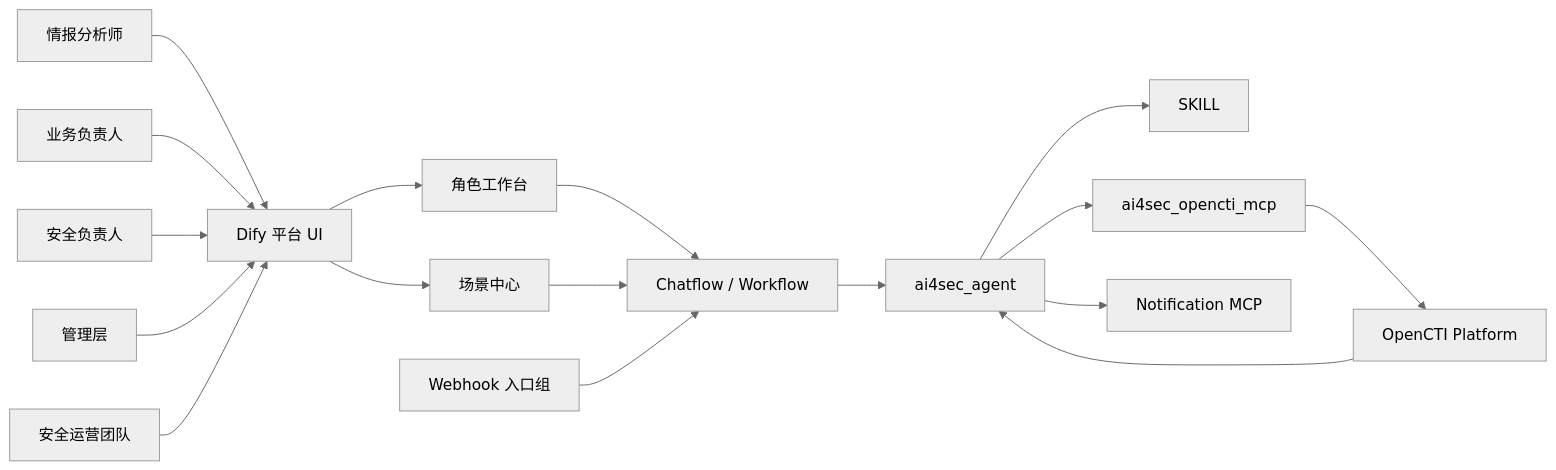
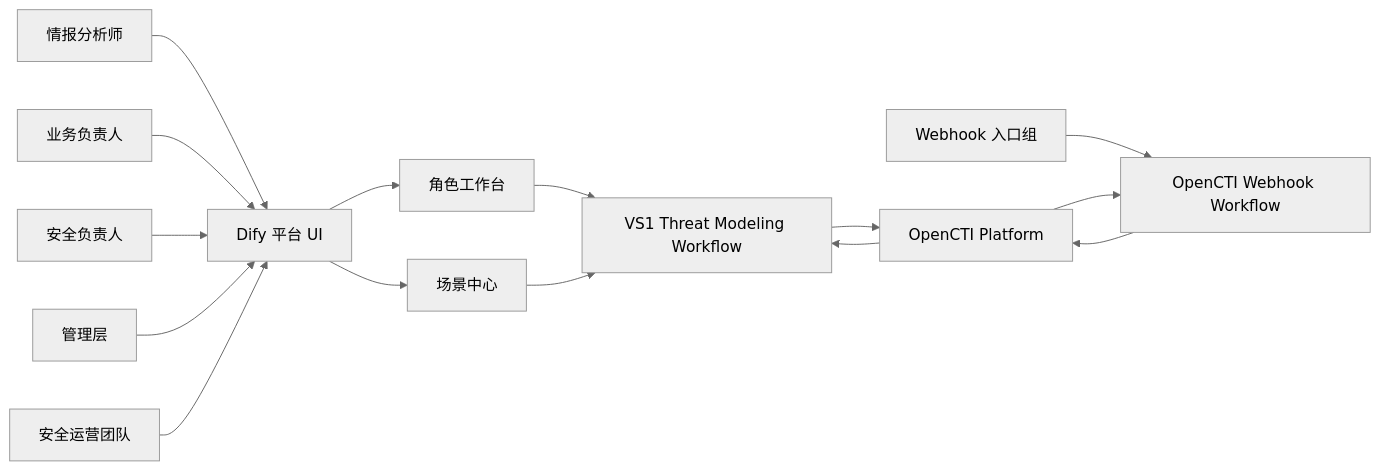
One commit to derekhu0002/AI4X-Platform-dify changed the first of 3 diagrams in design/applicationlayer/AI4sec应用层架构设计.md. Above: the diagram before and after it, drawn with Mermaid (neutral theme). The commit also changed other lines of this file and 34 other files, not shown here.

First line of the commit message:
Remove Notification MCP and ai4sec_agent services; update related documentation and configurations

````diff
--- a/design/applicationlayer/AI4sec应用层架构设计.md
+++ b/design/applicationlayer/AI4sec应用层架构设计.md
@@ -41,37 +41,32 @@
 ```mermaid
 flowchart LR
     Analyst[情报分析师]
     BusinessOwner[业务负责人]
     SecurityOwner[安全负责人]
     Management[管理层]
     SecOps[安全运营团队]
 
     DifyUI[Dify 平台 UI]
     Workbench[角色工作台]
     SceneCenter[场景中心]
-    Chatflow[Chatflow / Workflow]
-    Agent[ai4sec_agent]
-    Skill[SKILL]
-    MCP[ai4sec_opencti_mcp]
+    ThreatModel[VS1 Threat Modeling Workflow]
+    WebhookFlow[OpenCTI Webhook Workflow]
     CTI[OpenCTI Platform]
-    Notify[Notification MCP]
     Webhooks[Webhook 入口组]
 
     Analyst --> DifyUI
     BusinessOwner --> DifyUI
     SecurityOwner --> DifyUI
     Management --> DifyUI
     SecOps --> DifyUI
 
     DifyUI --> Workbench
     DifyUI --> SceneCenter
-    Workbench --> Chatflow
-    SceneCenter --> Chatflow
-    Webhooks --> Chatflow
-    Chatflow --> Agent
-    Agent --> Skill
-    Agent --> MCP
-    MCP --> CTI
-    CTI --> Agent
-    Agent --> Notify
+    Workbench --> ThreatModel
+    SceneCenter --> ThreatModel
+    Webhooks --> WebhookFlow
+    ThreatModel --> CTI
+    WebhookFlow --> CTI
+    CTI --> ThreatModel
+    CTI --> WebhookFlow
 ```
````
